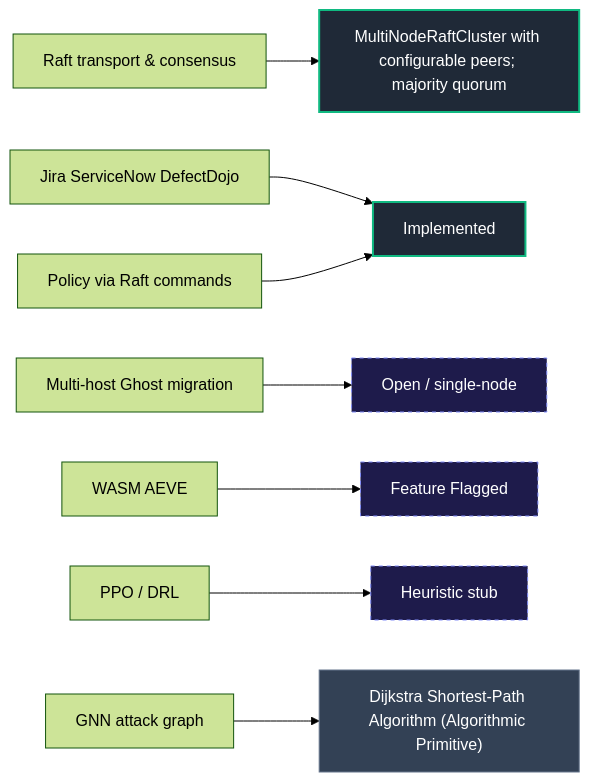
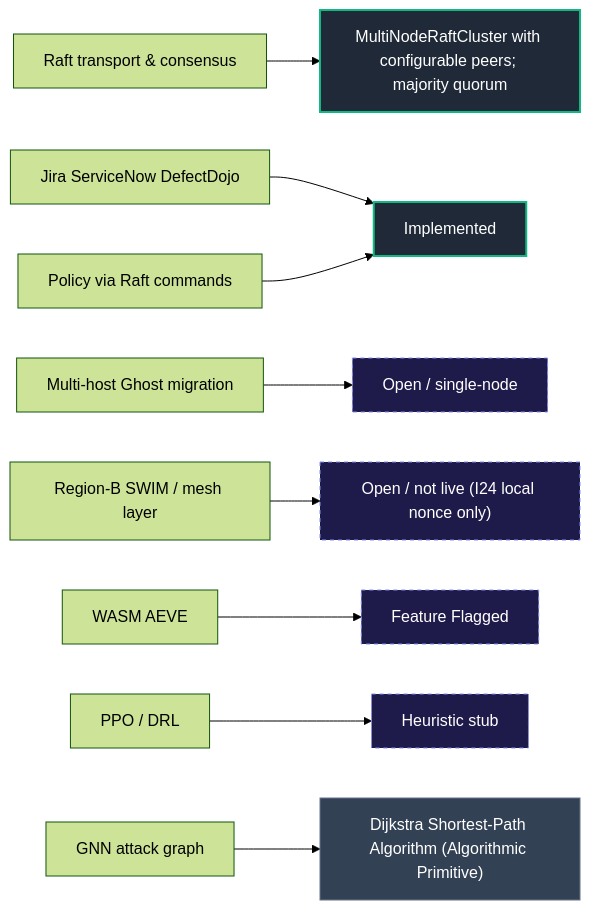
Before and after one commit to AviralGup7/Singularity-Zero: diagram 14 of 16 in docs/flowchart.md, drawn with Mermaid (forest theme). The commit also changed other lines of this file and 1 other file, not shown here.

First line of the commit message:
docs(flowchart): round-5 — snapshot fork, single Emit, lease CAS ports

````diff
--- a/docs/flowchart.md
+++ b/docs/flowchart.md
@@ -1260,17 +1251,18 @@
 ```mermaid
 flowchart LR
     classDef impl fill:#1f2937,stroke:#10b981,stroke-width:2px,color:#fff;
     classDef singleNode fill:#1e293b,stroke:#0ea5e9,stroke-width:1px,stroke-dasharray:3 3,color:#fff;
     classDef library fill:#334155,stroke:#64748b,stroke-width:1px,color:#fff;
     classDef specOnly fill:#1e1b4b,stroke:#818cf8,stroke-width:1px,stroke-dasharray:4 4,color:#fff;
     classDef vacuous fill:#27272a,stroke:#71717a,stroke-width:1px,color:#a1a1aa;
     classDef forbidden fill:#450a0a,stroke:#ef4444,stroke-width:2px,color:#fca5a5;
 
     Raft["Raft transport & consensus"] --> ImplCluster["MultiNodeRaftCluster with configurable peers; majority quorum"]:::impl
     Tickets["Jira ServiceNow DefectDojo"] --> Impl["Implemented"]:::impl
     Policy["Policy via Raft commands"] --> Impl
     Ghost["Multi-host Ghost migration"] --> Open["Open / single-node"]:::specOnly
+    MeshB["Region-B SWIM / mesh layer"] --> OpenMesh["Open / not live (I24 local nonce only)"]:::specOnly
     WASM["WASM AEVE"] --> Flag["Feature Flagged"]:::specOnly
     PPO["PPO / DRL"] --> Heur["Heuristic stub"]:::specOnly
     GNN["GNN attack graph"] --> Dijk["Dijkstra Shortest-Path Algorithm (Algorithmic Primitive)"]:::library
 ```
````
